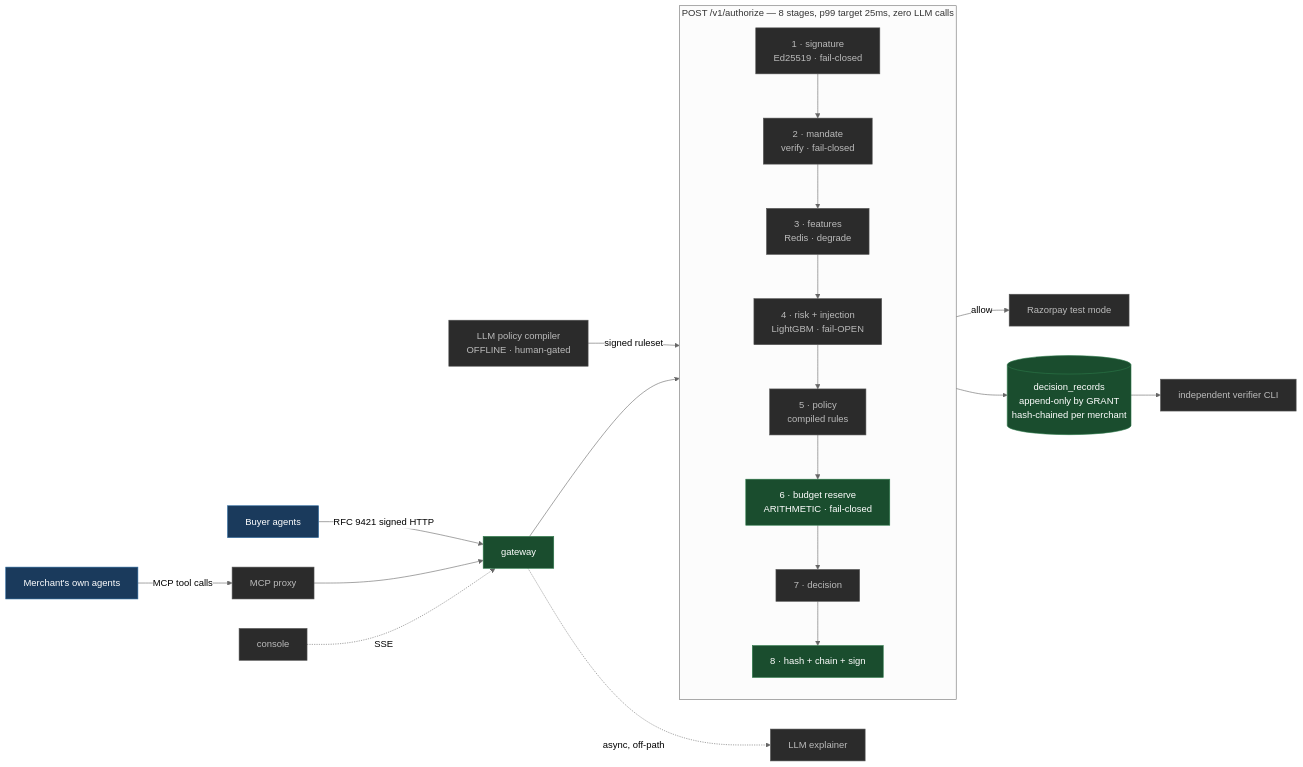
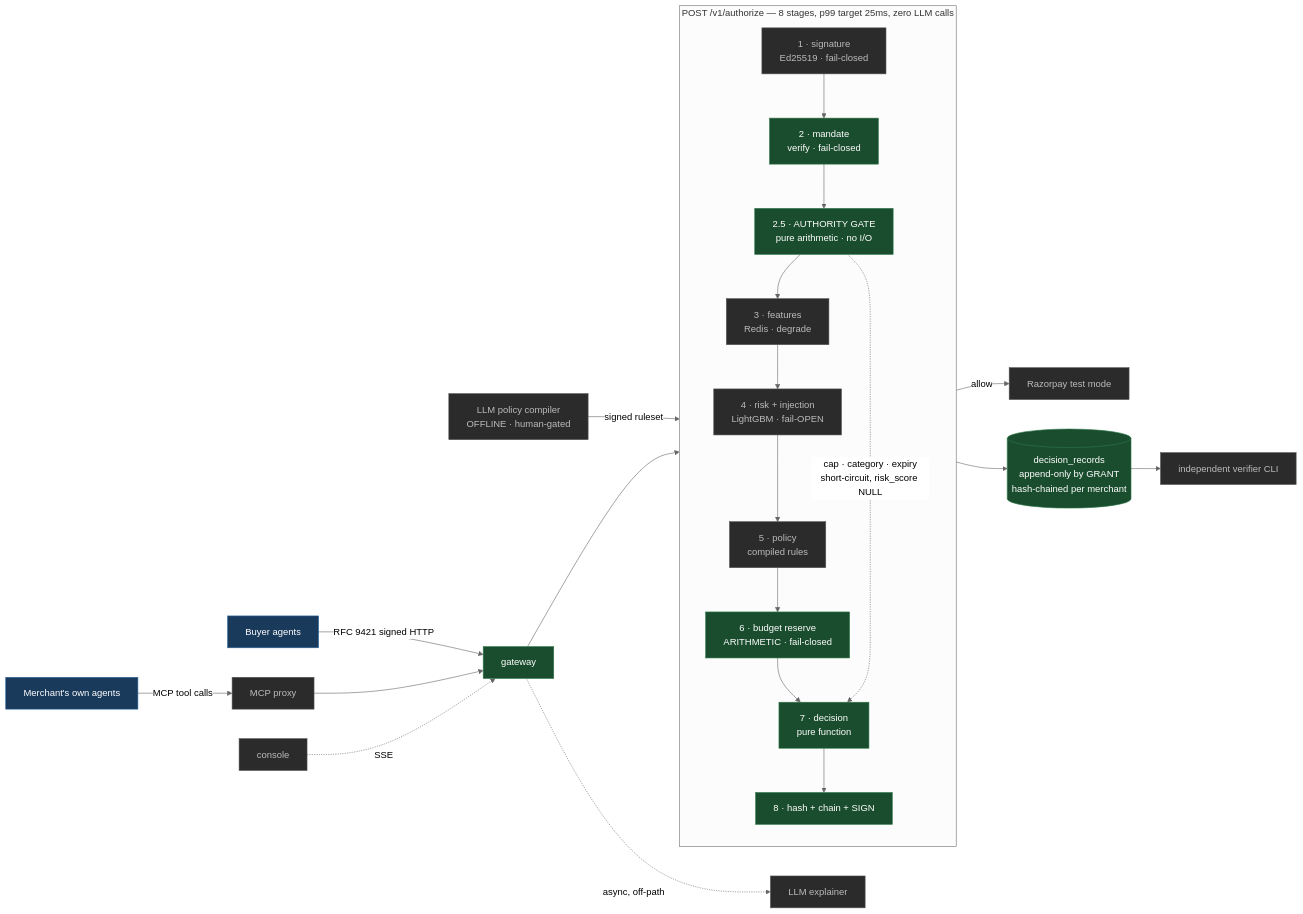
One commit to jack1824/razorpay changed the diagram in README.md. Above: the diagram before and after it, drawn with Mermaid (neutral theme). The commit also changed other lines of this file and 43 other files, not shown here.

````diff
--- a/README.md
+++ b/README.md
@@ -7,31 +7,33 @@
 ```mermaid
 flowchart LR
   BA[Buyer agents]:::ext -->|RFC 9421 signed HTTP| GW
   MA[Merchant's own agents]:::ext -->|MCP tool calls| PX[MCP proxy]:::soon
   PX --> GW
 
   subgraph DWAAR["POST /v1/authorize — 8 stages, p99 target 25ms, zero LLM calls"]
     direction TB
     S1["1 · signature<br/>Ed25519 · fail-closed"]:::soon
-    S2["2 · mandate<br/>verify · fail-closed"]:::soon
+    S2["2 · mandate<br/>verify · fail-closed"]:::done
+    G["2.5 · AUTHORITY GATE<br/>pure arithmetic · no I/O"]:::done
     S3["3 · features<br/>Redis · degrade"]:::soon
     S4["4 · risk + injection<br/>LightGBM · fail-OPEN"]:::soon
     S5["5 · policy<br/>compiled rules"]:::soon
     S6["6 · budget reserve<br/>ARITHMETIC · fail-closed"]:::done
-    S7["7 · decision"]:::soon
-    S8["8 · hash + chain + sign"]:::done
-    S1 --> S2 --> S3 --> S4 --> S5 --> S6 --> S7 --> S8
+    S7["7 · decision<br/>pure function"]:::done
+    S8["8 · hash + chain + SIGN"]:::done
+    S1 --> S2 --> G --> S3 --> S4 --> S5 --> S6 --> S7 --> S8
+    G -.->|"cap · category · expiry<br/>short-circuit, risk_score NULL"| S7
   end
 
   GW[gateway]:::done --> DWAAR
   S7 -->|allow| RZP[Razorpay test mode]:::soon
   S8 --> CH[(decision_records<br/>append-only by GRANT<br/>hash-chained per merchant)]:::done
   CH --> V[independent verifier CLI]:::soon
   GW -. async, off-path .-> EX[LLM explainer]:::soon
   PC[LLM policy compiler<br/>OFFLINE · human-gated]:::soon -->|signed ruleset| S5
   CON[console]:::soon -. SSE .-> GW
 
   classDef done fill:#1a4d2e,stroke:#2d7a4a,color:#fff
   classDef soon fill:#2b2b2b,stroke:#555,color:#bbb
   classDef ext  fill:#1a3a5c,stroke:#2d6a9f,color:#fff
 ```
````
